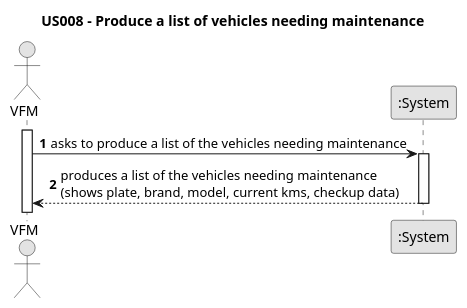
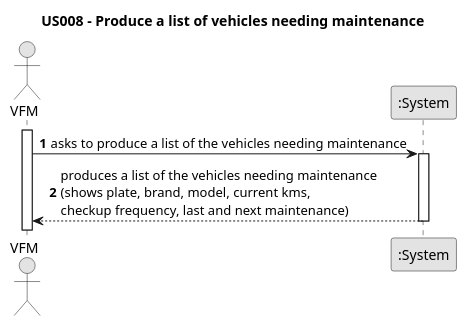
Before and after one commit to Departamento-de-Engenharia-Informatica/lei-24-s2-1dm-g132: the diagram in docs/sprintB/us008/01.requirements-engineering/puml/us008-system-sequence-diagram.puml, drawn with PlantUML.

Commit message:
US008 small changes on SSD

```diff
--- a/docs/sprintB/us008/01.requirements-engineering/puml/us008-system-sequence-diagram.puml
+++ b/docs/sprintB/us008/01.requirements-engineering/puml/us008-system-sequence-diagram.puml
@@ -1,21 +1,21 @@
 @startuml
 skinparam monochrome true
 skinparam packageStyle rectangle
 skinparam shadowing false
 
 title US008 - Produce a list of vehicles needing maintenance
 
 autonumber
 
 actor "VFM" as Employee
 participant ":System" as System
 
 activate Employee
 
     Employee -> System : asks to produce a list of the vehicles needing maintenance
     activate System
 
-    System --> Employee : produces a list of the vehicles needing maintenance \n(shows plate, brand, model, current kms, checkup data)
+    System --> Employee : produces a list of the vehicles needing maintenance \n(shows plate, brand, model, current kms,\ncheckup frequency, last and next maintenance)
     deactivate System
 
 @enduml
```
